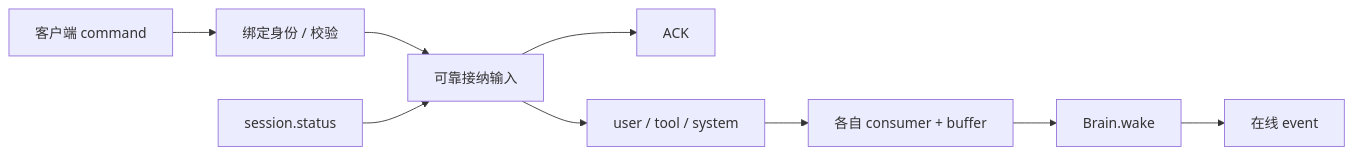
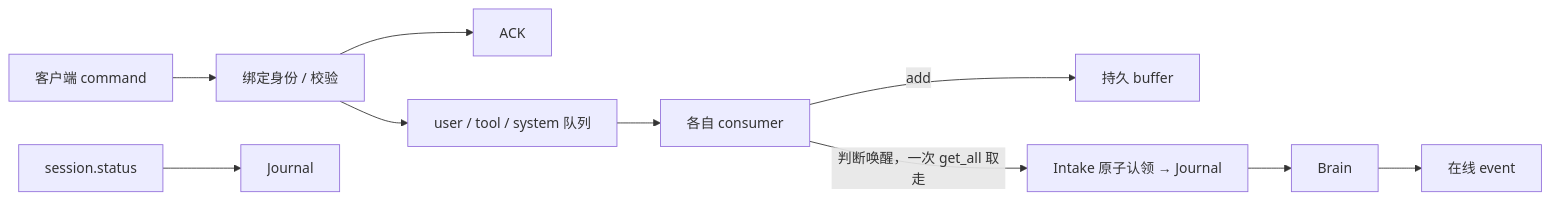
Before and after one commit to HymioSpace/Oath: the diagram in spec/feature-event-runtime.md, drawn with Mermaid. The commit also changed other lines of this file and 14 other files, not shown here.

````diff
--- a/spec/feature-event-runtime.md
+++ b/spec/feature-event-runtime.md
@@ -9,11 +10,12 @@
 ```mermaid
 flowchart LR
     WS[客户端 command] --> Auth[绑定身份 / 校验]
-    Auth --> Store[可靠接纳输入]
-    Store --> ACK[ACK]
-    Store --> Queue[user / tool / system]
-    Queue --> Consumer[各自 consumer + buffer]
-    Consumer --> Brain[Brain.wake]
+    Auth --> ACK[ACK]
+    Auth --> Queue[user / tool / system 队列]
+    Queue --> Consumer[各自 consumer]
+    Consumer -->|add| Buffer[持久 buffer]
+    Consumer -->|判断唤醒，一次 get_all 取走| Intake[Intake 原子认领 → Journal]
+    Intake --> Brain[Brain]
     Brain --> UI[在线 event]
-    Query[session.status] --> Store
+    Query[session.status] --> Journal
 ```
````
